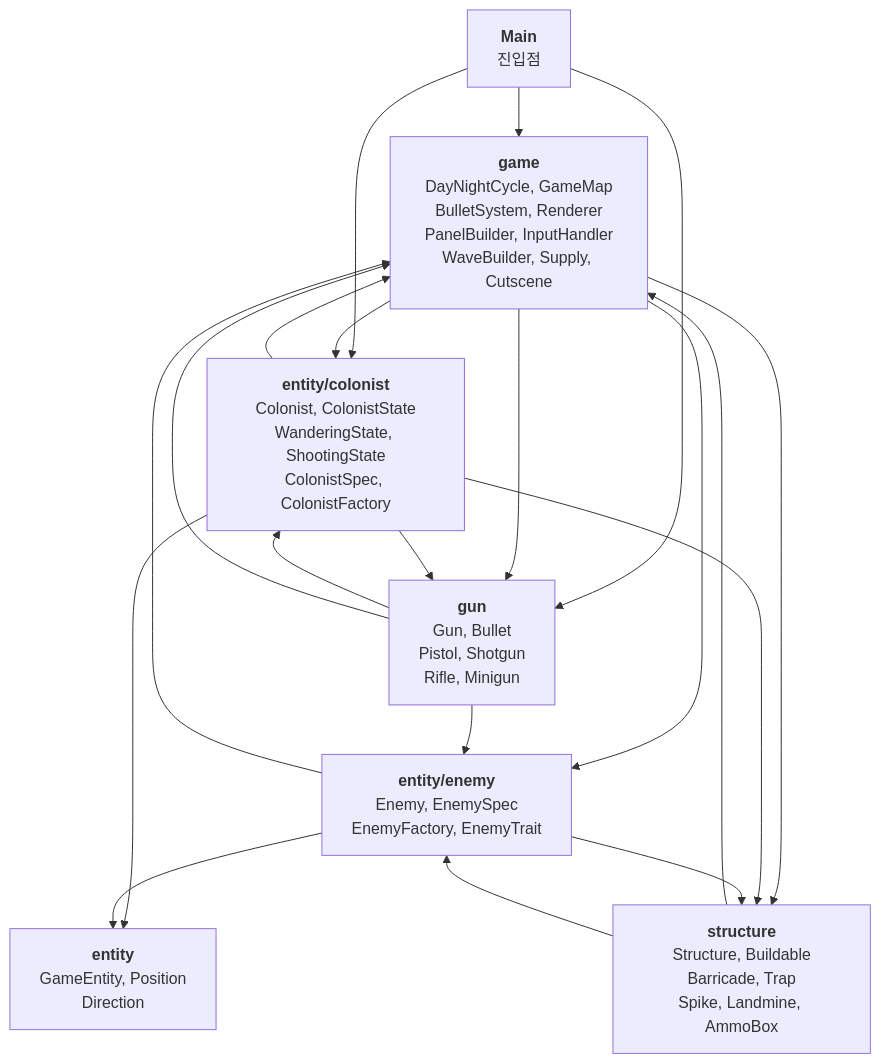
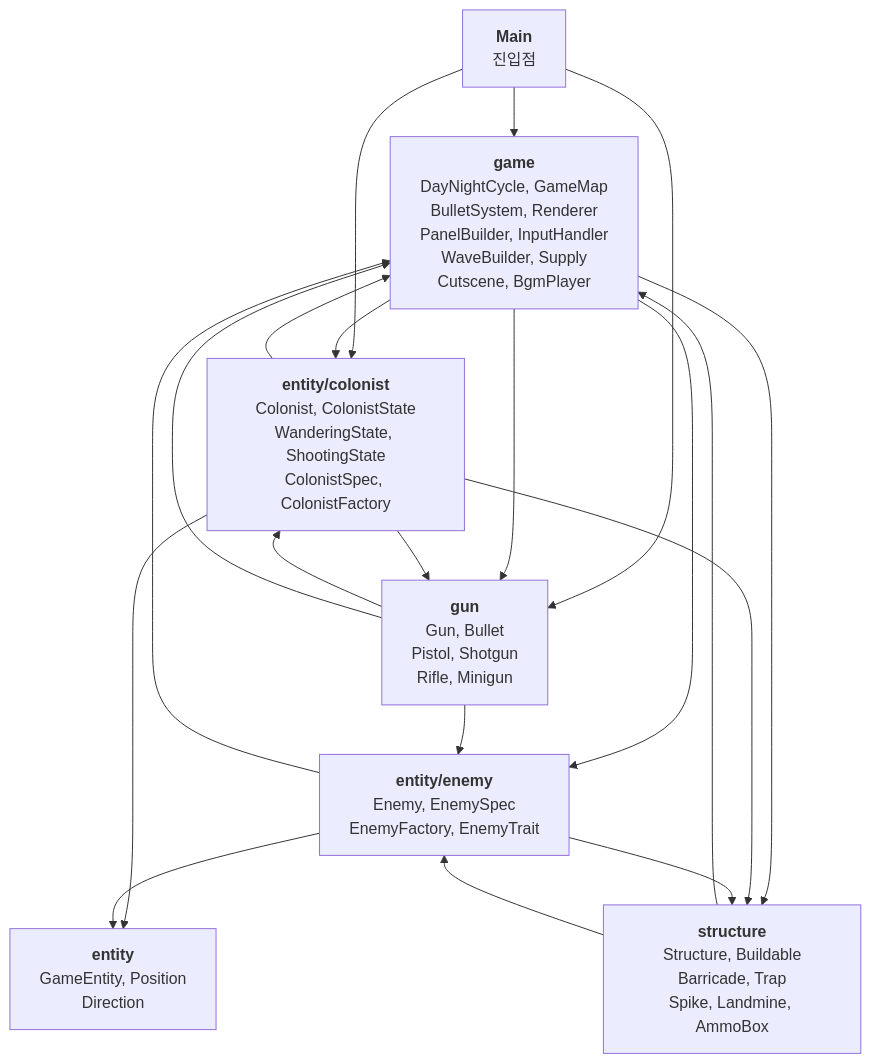
One commit to weweweme/teamnova_basic_class changed the fourth of 4 diagrams in week6/CLAUDE.md. Above: the diagram before and after it, drawn with Mermaid. The commit also changed other lines of this file and 1 other file, not shown here.

````diff
--- a/week6/CLAUDE.md
+++ b/week6/CLAUDE.md
@@ -184,35 +185,35 @@
 ```mermaid
 graph TB
     Main["<b>Main</b><br/>진입점"]
-    game["<b>game</b><br/>DayNightCycle, GameMap<br/>BulletSystem, Renderer<br/>PanelBuilder, InputHandler<br/>WaveBuilder, Supply, Cutscene"]
+    game["<b>game</b><br/>DayNightCycle, GameMap<br/>BulletSystem, Renderer<br/>PanelBuilder, InputHandler<br/>WaveBuilder, Supply<br/>Cutscene, BgmPlayer"]
     colonist["<b>entity/colonist</b><br/>Colonist, ColonistState<br/>WanderingState, ShootingState<br/>ColonistSpec, ColonistFactory"]
     enemy["<b>entity/enemy</b><br/>Enemy, EnemySpec<br/>EnemyFactory, EnemyTrait"]
     gun["<b>gun</b><br/>Gun, Bullet<br/>Pistol, Shotgun<br/>Rifle, Minigun"]
     structure["<b>structure</b><br/>Structure, Buildable<br/>Barricade, Trap<br/>Spike, Landmine, AmmoBox"]
     entity["<b>entity</b><br/>GameEntity, Position<br/>Direction"]
 
     Main --> game
     Main --> colonist
     Main --> gun
 
     game --> colonist
     game --> enemy
     game --> gun
     game --> structure
 
     colonist --> entity
     colonist --> gun
     colonist --> structure
     colonist --> game
 
     enemy --> entity
     enemy --> structure
     enemy --> game
 
     gun --> colonist
     gun --> enemy
     gun --> game
 
     structure --> game
     structure --> enemy
 ```
````
